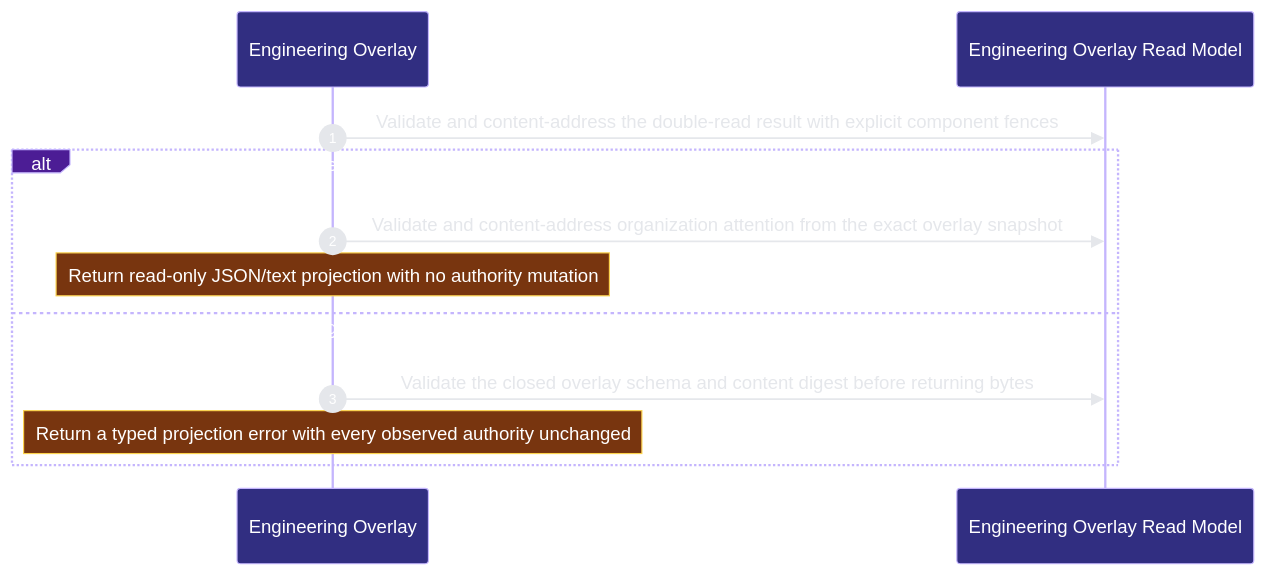
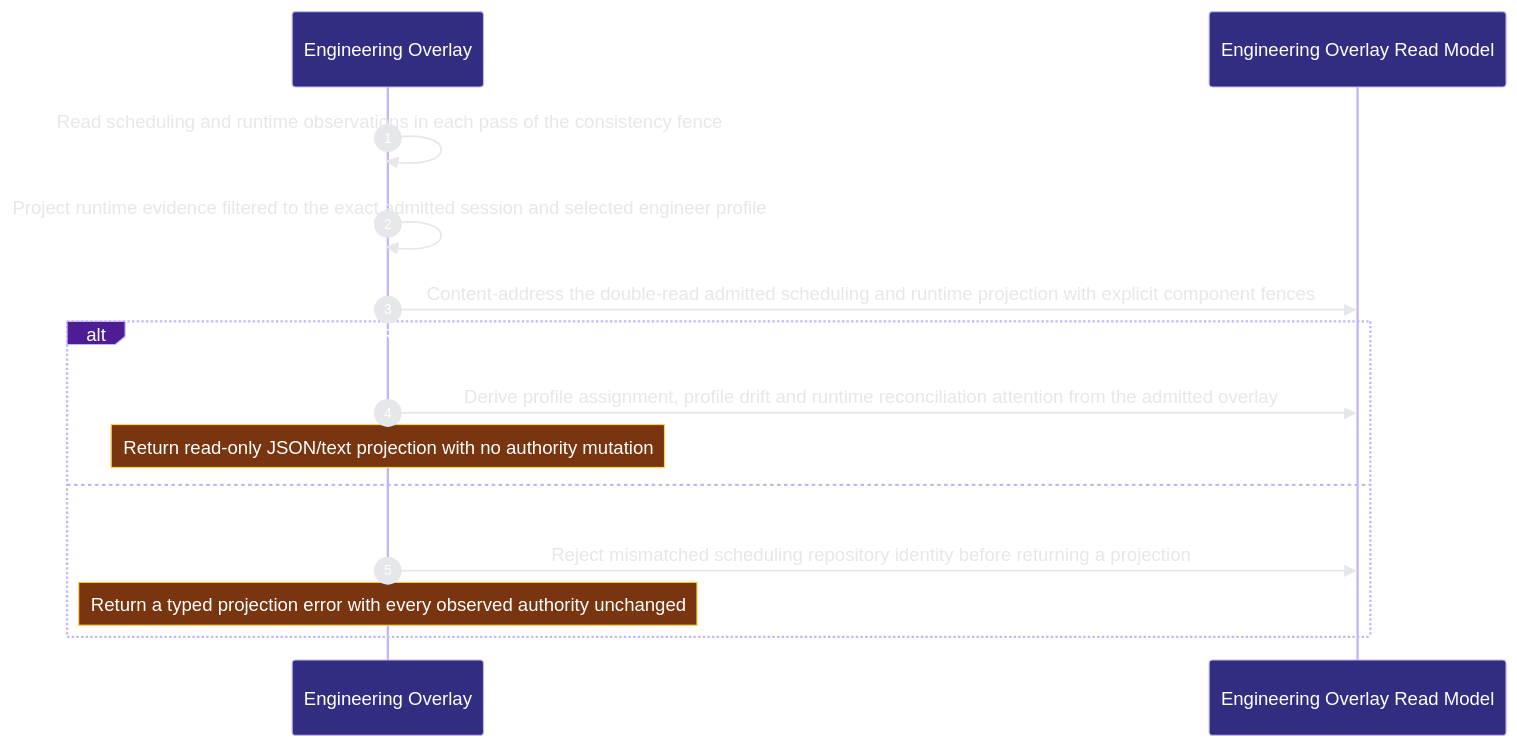
One commit to Ancienttwo/repo-harness changed the second of 2 diagrams in docs/architecture/modules/runtime-harness/engineering-overlay.md. Above: the diagram before and after it, drawn with Mermaid. The commit also changed other lines of this file and 27 other files, not shown here.

First line of the commit message:
chore(projection): refresh generated architecture outputs for main@bbf18043e43e

````diff
--- a/docs/architecture/modules/runtime-harness/engineering-overlay.md
+++ b/docs/architecture/modules/runtime-harness/engineering-overlay.md
@@ -78,15 +81,17 @@
 ```mermaid
 %%{init: {"theme":"base","themeVariables":{"background":"#0d1117","actorBkg":"#312e81","actorBorder":"#c4b5fd","actorTextColor":"#ffffff","signalColor":"#e5e7eb","signalTextColor":"#e5e7eb","labelBoxBkgColor":"#4c1d95","labelBoxBorderColor":"#c4b5fd","labelTextColor":"#ffffff","noteBkgColor":"#78350f","noteBorderColor":"#fcd34d","noteTextColor":"#ffffff","sequenceNumberColor":"#ffffff"}}}%%
 sequenceDiagram
   autonumber
   participant p2_overlay_65dd31ba as Engineering Overlay
   participant p2_schema_a50dde9a as Engineering Overlay Read Model
-  p2_overlay_65dd31ba->>p2_schema_a50dde9a: Validate and content-address the double-read result with explicit component fences
+  p2_overlay_65dd31ba->>p2_overlay_65dd31ba: Read scheduling and runtime observations in each pass of the consistency fence
+  p2_overlay_65dd31ba->>p2_overlay_65dd31ba: Project runtime evidence filtered to the exact admitted session and selected engineer profile
+  p2_overlay_65dd31ba->>p2_schema_a50dde9a: Content-address the double-read admitted scheduling and runtime projection with explicit component fences
   alt Return stable#44; changed_during_read or degraded without changing an observed authority
-  p2_overlay_65dd31ba->>p2_schema_a50dde9a: Validate and content-address organization attention from the exact overlay snapshot
+  p2_overlay_65dd31ba->>p2_schema_a50dde9a: Derive profile assignment#44; profile drift and runtime reconciliation attention from the admitted overlay
     Note over p2_overlay_65dd31ba: Return read-only JSON/text projection with no authority mutation
-  else Reject an illegal overlay shape or digest instead of inventing a compatible projection
-  p2_overlay_65dd31ba->>p2_schema_a50dde9a: Validate the closed overlay schema and content digest before returning bytes
+  else The supplied scheduling observation belongs to a different repository
+  p2_overlay_65dd31ba->>p2_schema_a50dde9a: Reject mismatched scheduling repository identity before returning a projection
     Note over p2_overlay_65dd31ba: Return a typed projection error with every observed authority unchanged
   end
 ```
````
